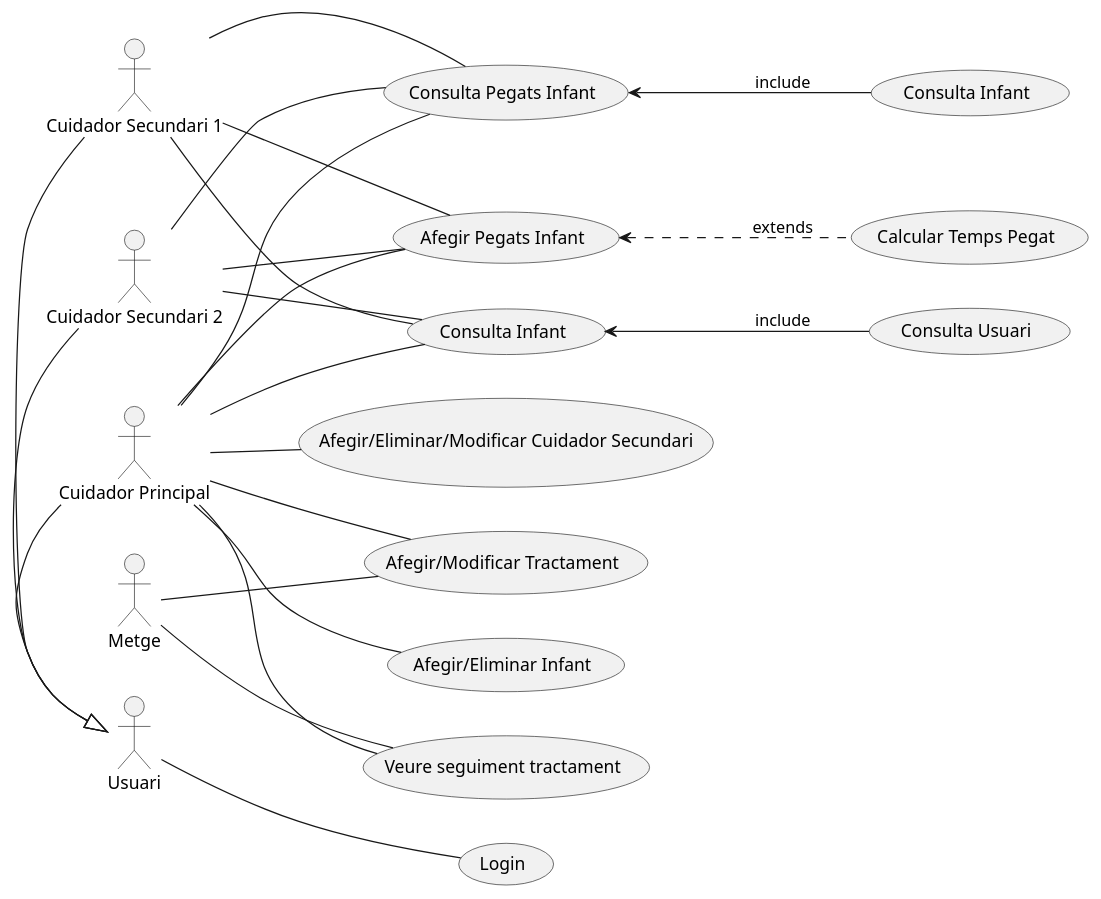
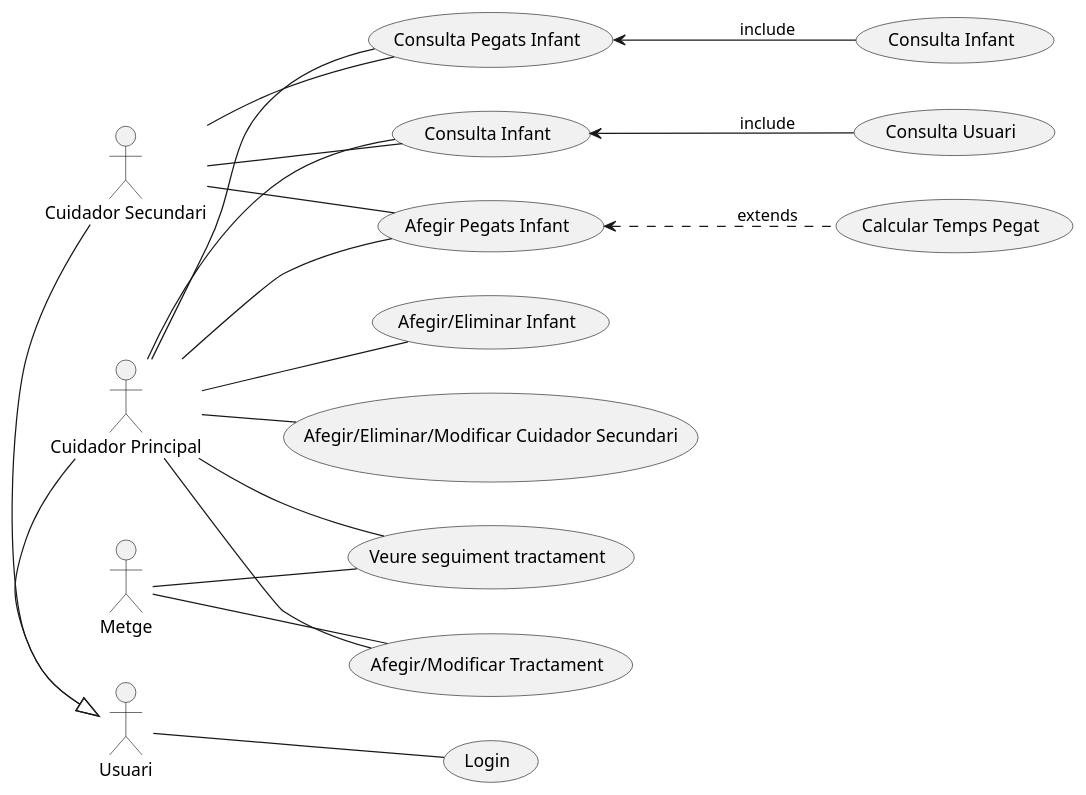
The diagram in prototip3/registres/diagrama_user.pu (anpatricia-18/tapatApp), drawn with PlantUML before and after one commit. The commit also changed other lines of this file, not shown here.

Commit message:
diagrama pu modificat

```diff
--- a/prototip3/registres/diagrama_user.pu
+++ b/prototip3/registres/diagrama_user.pu
@@ -1,45 +1,40 @@
 @startuml
 left to right direction
 
 actor "Usuari" as generic_user
 actor "Cuidador Principal" as tutor_user
-actor "Cuidador Secundari 1" as cuidador_user1
-actor "Cuidador Secundari 2" as cuidador_user2
+actor "Cuidador Secundari" as cuidador_user
 actor "Metge" as user_metge
 tutor_user -|> generic_user
-cuidador_user1 -|> generic_user
-cuidador_user2 -|> generic_user
+cuidador_user -|> generic_user
 
 usecase "Login" as UC1
 usecase "Consulta Infant" as UC2
 usecase "Afegir/Eliminar Infant" as UC3
 usecase "Afegir Pegats Infant" as UC4
 usecase "Consulta Pegats Infant" as UC5
 usecase "Afegir/Eliminar/Modificar Cuidador Secundari" as UC9
 usecase "Afegir/Modificar Tractament" as UC10
 usecase "Veure seguiment tractament" as UC11
 (Consulta Usuari) as UC6
 (Calcular Temps Pegat) as UC7
 (Consulta Infant) as UC8
 
 generic_user -- UC1
 tutor_user -- UC2
 tutor_user -- UC3
 tutor_user -- UC4
 tutor_user -- UC5
 tutor_user -- UC9
 tutor_user -- UC10
 tutor_user -- UC11
-cuidador_user1 -- UC2
-cuidador_user1 -- UC4
-cuidador_user1 -- UC5
-cuidador_user2 -- UC2
-cuidador_user2 -- UC4
-cuidador_user2 -- UC5
+cuidador_user -- UC2
+cuidador_user -- UC4
+cuidador_user -- UC5
 user_metge -- UC10
 user_metge -- UC11
 
 UC2 <-- UC6 : include
 UC4 <.. UC7 : extends
 UC5 <-- UC8 : include
 @enduml
```
